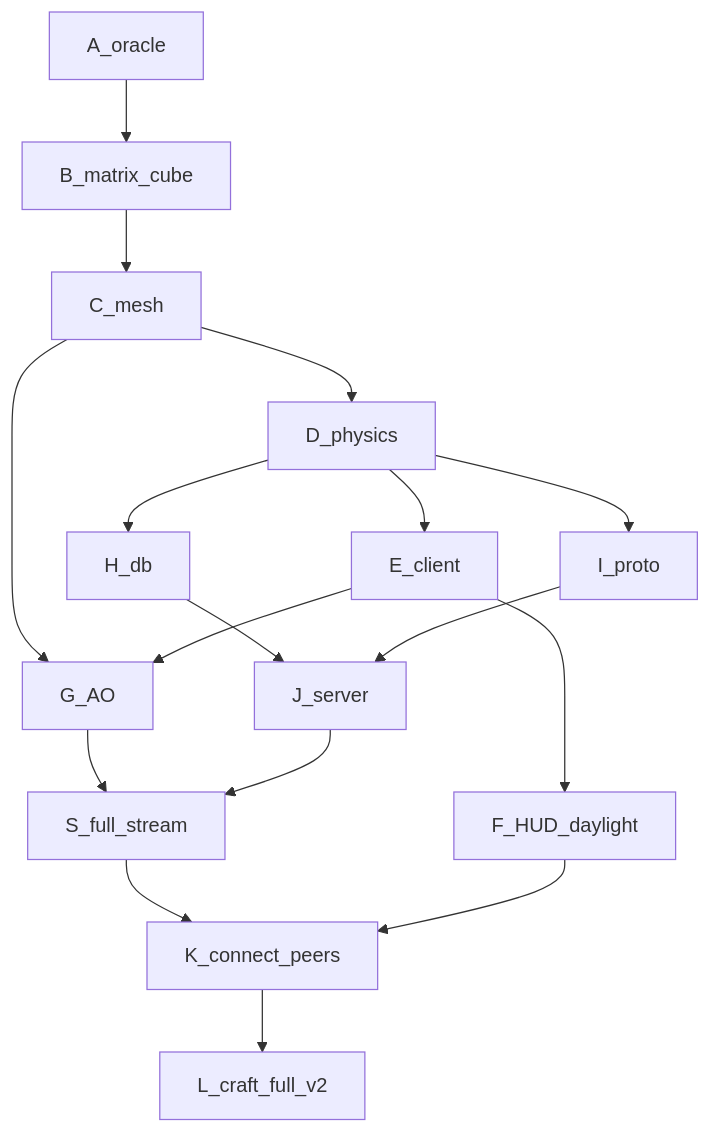
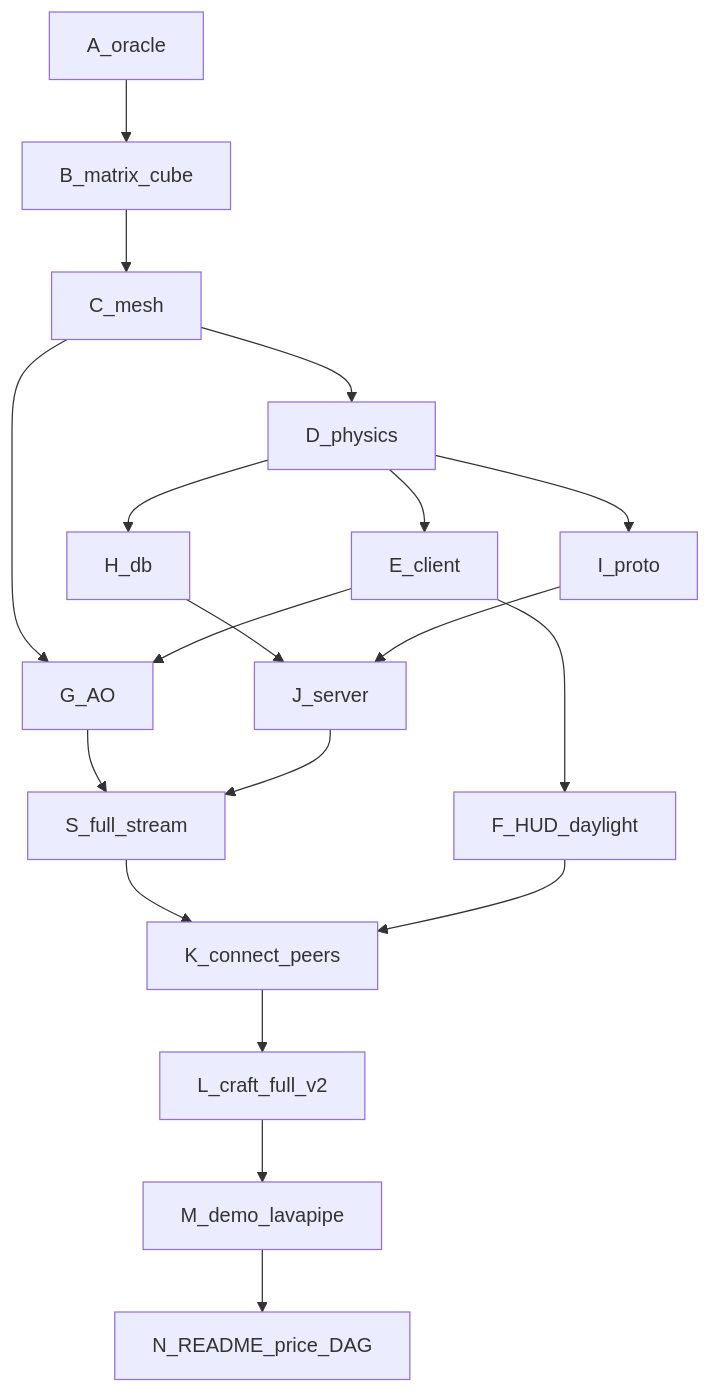
One commit to zozo123/Craft changed the diagram in rust/EXECUTION.md. Above: the diagram before and after it, drawn with Mermaid. The commit also changed other lines of this file and 2 other files, not shown here.

Commit message:
docs(readme): surface price tag ($107.25/$120) and cleared A→N DAG
Put the live spend table and mermaid execution graph on the README so
the finish line is visible without digging into rust/tools.

````diff
--- a/rust/EXECUTION.md
+++ b/rust/EXECUTION.md
@@ -5,19 +5,21 @@
 ```mermaid
 flowchart TD
   A[A_oracle] --> B[B_matrix_cube]
   B --> C[C_mesh]
   C --> D[D_physics]
   D --> E[E_client]
   D --> H[H_db]
   D --> I[I_proto]
   H --> J[J_server]
   I --> J
   C --> G[G_AO]
   E --> G
   G --> S[S_full_stream]
   J --> S
   E --> F[F_HUD_daylight]
   S --> K[K_connect_peers]
   F --> K
   K --> L[L_craft_full_v2]
+  L --> M[M_demo_lavapipe]
+  M --> N[N_README_price_DAG]
 ```
````
